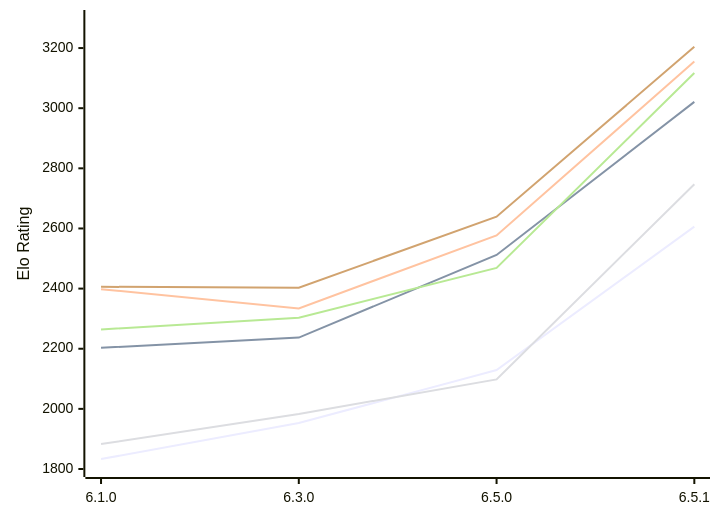
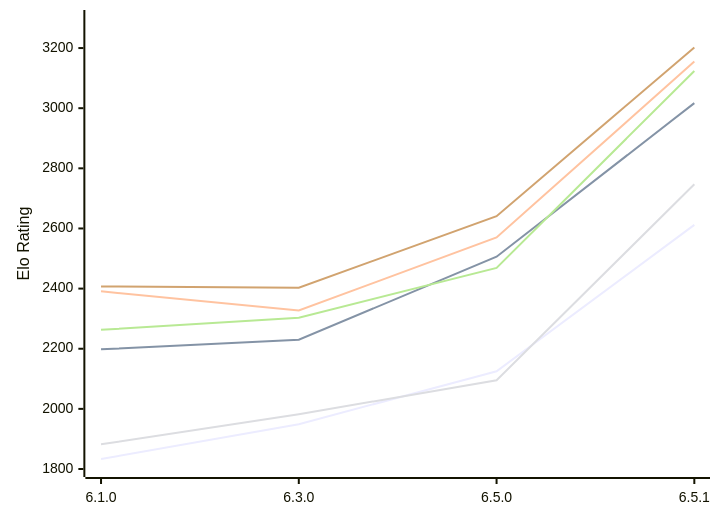
One commit to computer-chess-index/cci changed the diagram in engines/Luminex.md. Above: the diagram before and after it, drawn with Mermaid. The commit also changed other lines of this file, not shown here.

Commit message:
Update CCI Ratings (ELO VLTC) - 2026-11-09

````diff
--- a/engines/Luminex.md
+++ b/engines/Luminex.md
@@ -53,12 +53,12 @@
 ```mermaid
 %%{init: {"theme":"base","themeVariables":{"seriesColors:['#a3a3a3','#222221','#faa371']}}}%%
 xychart-beta
   x-axis ["6.1.0", "6.3.0", "6.5.0", "6.5.1"]
   y-axis "Elo Rating" 1800 --> 3300
-  line "E1: STC (8.0+0.08s)" [1833, 1953, 2129, 2606]
-  line "E1: LTC (60.0+0.60s)" [2203, 2237, 2512, 3021]
-  line "E1: VLTC (2m24s+1.12s)" [2398, 2334, 2577, 3155]
-  line "P1: STC (8.0+0.08s)" [1883, 1983, 2098, 2747]
-  line "P1: LTC (60.0+0.60s)" [2264, 2303, 2469, 3117]
-  line "P1: VLTC (2m24s+1.12s)" [2406, 2403, 2639, 3204]
+  line "E1: STC (8.0+0.08s)" [1833, 1949, 2125, 2612]
+  line "E1: LTC (60.0+0.60s)" [2198, 2230, 2506, 3017]
+  line "E1: VLTC (2m24s+1.12s)" [2391, 2327, 2570, 3155]
+  line "P1: STC (8.0+0.08s)" [1882, 1982, 2095, 2747]
+  line "P1: LTC (60.0+0.60s)" [2263, 2303, 2469, 3124]
+  line "P1: VLTC (2m24s+1.12s)" [2407, 2403, 2641, 3202]
 ```
````
